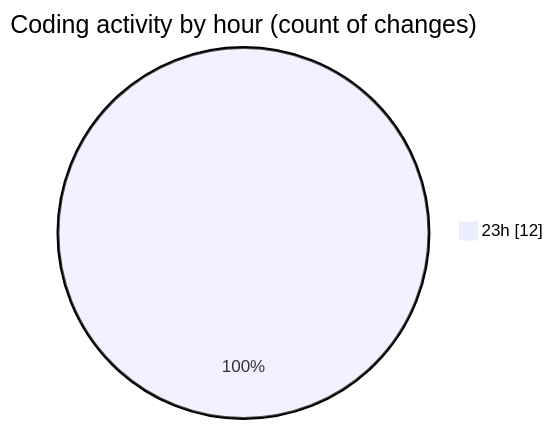
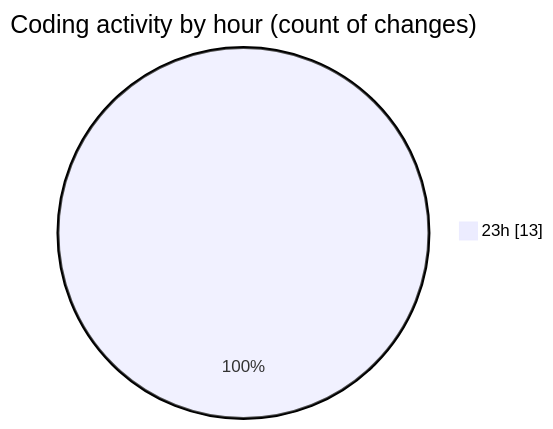
One commit to hasnaa123/code-tracking changed the second of 2 diagrams in 2026-03-06/java_basics/README.md. Above: the diagram before and after it, drawn with Mermaid. The commit also changed other lines of this file and 1 other file, not shown here.

````diff
--- a/2026-03-06/java_basics/README.md
+++ b/2026-03-06/java_basics/README.md
@@ -32,5 +32,5 @@
 ```mermaid
 pie showData
 title Coding activity by hour (count of changes)
-"23h" : 12
+"23h" : 13
 ```
````
